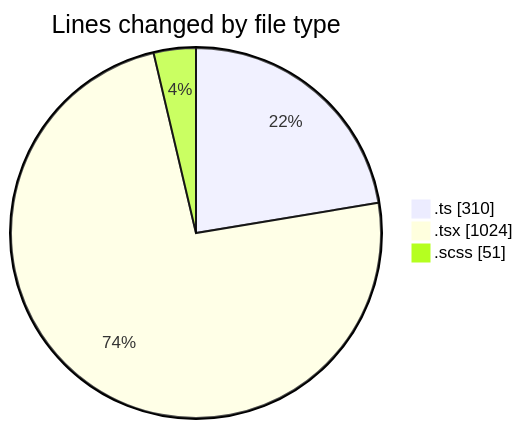
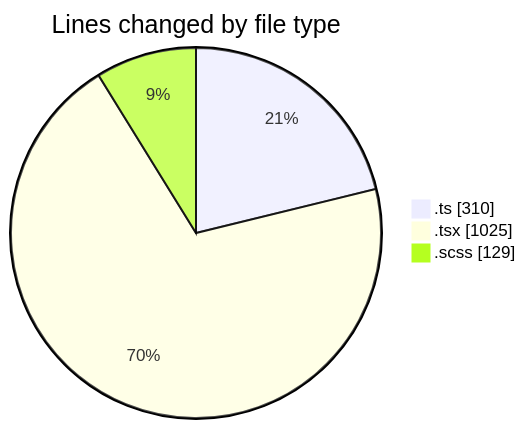
Before and after one commit to momahboobian/code-tracking: the first of 2 diagrams in 2026-09-09/cda/README.md, drawn with Mermaid. The commit also changed other lines of this file and 1 other file, not shown here.

````diff
--- a/2026-09-09/cda/README.md
+++ b/2026-09-09/cda/README.md
@@ -32,7 +33,7 @@
 ```mermaid
 pie showData
 title Lines changed by file type
 ".ts" : 310
-".tsx" : 1024
-".scss" : 51
+".tsx" : 1025
+".scss" : 129
 ```
````
